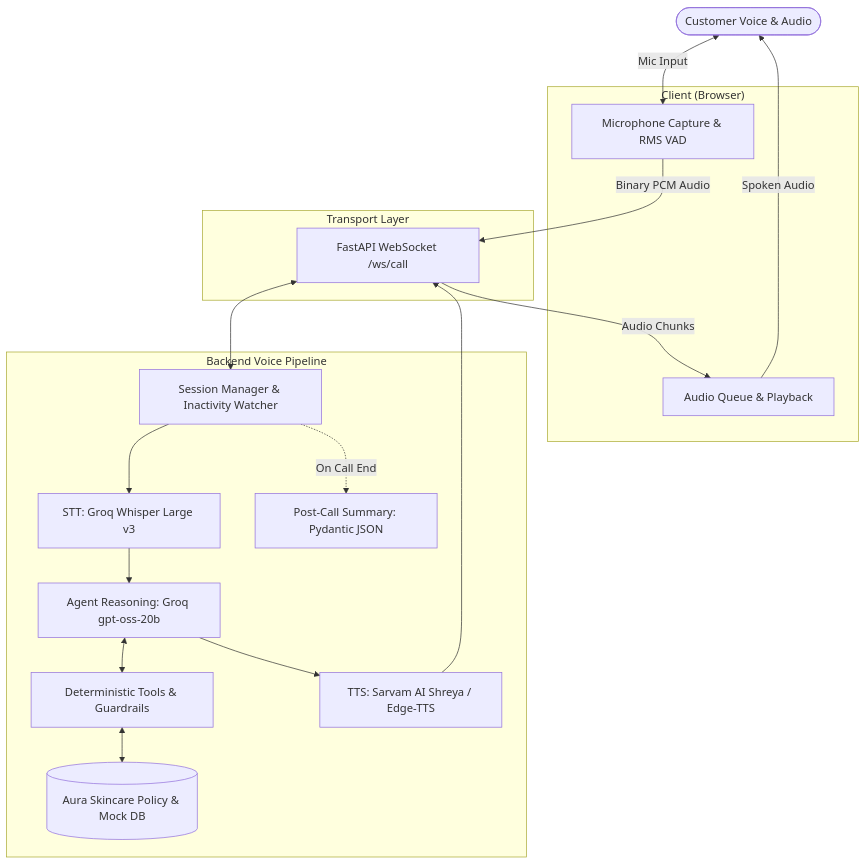
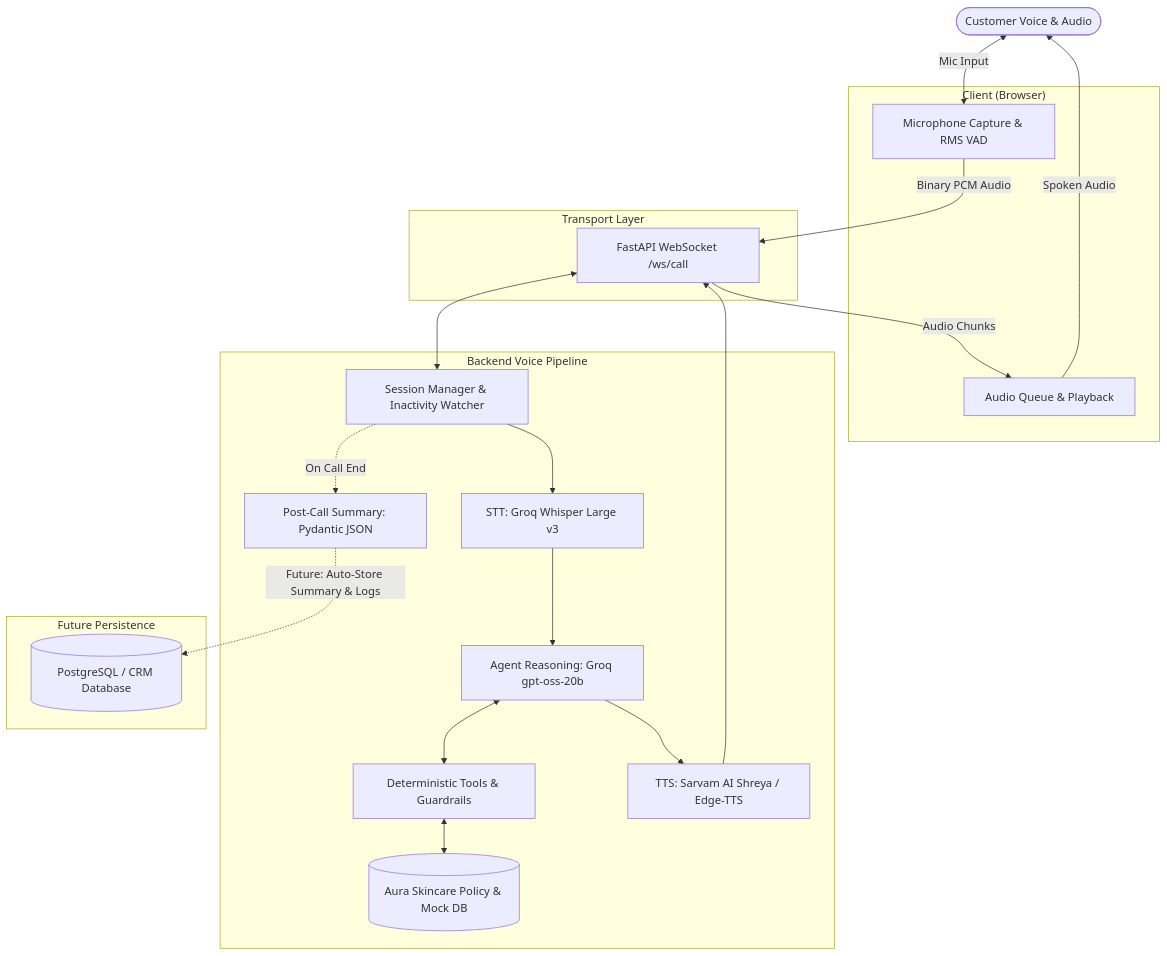
The diagram in README.md (ParthG24/Aira_agent), drawn with Mermaid before and after one commit. The commit also changed other lines of this file, not shown here.

Commit message:
Add future database storage block to architecture diagram

````diff
--- a/README.md
+++ b/README.md
@@ -9,36 +9,41 @@
 ```mermaid
 flowchart TD
     User([Customer Voice & Audio])
     
     subgraph Client_Layer ["Client (Browser)"]
         Mic[Microphone Capture & RMS VAD]
         AudioPlayer[Audio Queue & Playback]
     end
     
     subgraph Gateway ["Transport Layer"]
         WS[FastAPI WebSocket /ws/call]
     end
     
     subgraph Server_Pipeline ["Backend Voice Pipeline"]
         STT[STT: Groq Whisper Large v3]
         SessionMgr[Session Manager & Inactivity Watcher]
         LLM[Agent Reasoning: Groq gpt-oss-20b]
         Tools[Deterministic Tools & Guardrails]
         BrandDB[(Aura Skincare Policy & Mock DB)]
         TTS[TTS: Sarvam AI Shreya / Edge-TTS]
         Summary[Post-Call Summary: Pydantic JSON]
     end
     
+    subgraph Storage_Future ["Future Persistence"]
+        CRMDB[(PostgreSQL / CRM Database)]
+    end
+    
     User <-->|Mic Input| Mic
     AudioPlayer -->|Spoken Audio| User
     Mic -->|Binary PCM Audio| WS
     WS -->|Audio Chunks| AudioPlayer
     WS <--> SessionMgr
     SessionMgr --> STT
     STT --> LLM
     LLM <--> Tools
     Tools <--> BrandDB
     LLM --> TTS
     TTS --> WS
     SessionMgr -.->|On Call End| Summary
+    Summary -.->|Future: Auto-Store Summary & Logs| CRMDB
 ```
````
